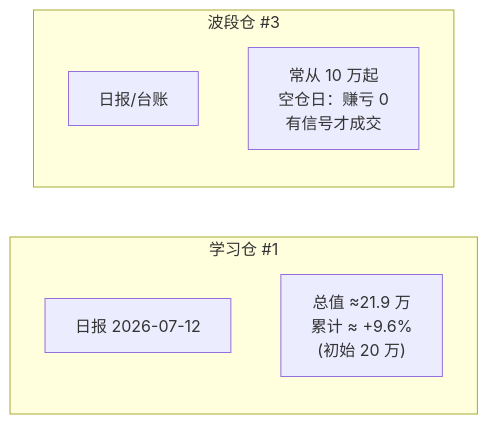
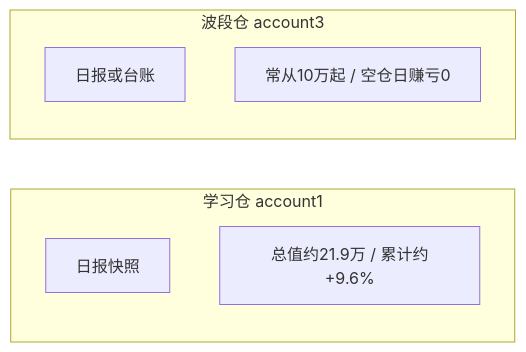
Before and after one commit to shaohjz/quant-learn: the sixth of 6 diagrams in README.md, drawn with Mermaid. The commit also changed other lines of this file and 1 other file, not shown here.

First line of the commit message:
docs: 修 CRON 日程图 Mermaid 语法并理顺时间表

````diff
--- a/README.md
+++ b/README.md
@@ -183,11 +182,11 @@
 ```mermaid
 flowchart LR
-  subgraph 学习仓 #1
-    L1[日报 2026-07-12]
-    L2["总值 ≈21.9 万<br/>累计 ≈ +9.6%<br/>(初始 20 万)"]
+  subgraph learn["学习仓 account1"]
+    L1[日报快照]
+    L2["总值约21.9万 / 累计约+9.6%"]
   end
-  subgraph 波段仓 #3
-    S1[日报/台账]
-    S2["常从 10 万起<br/>空仓日：赚亏 0<br/>有信号才成交"]
+  subgraph swing["波段仓 account3"]
+    S1[日报或台账]
+    S2["常从10万起 / 空仓日赚亏0"]
   end
 ```
````
